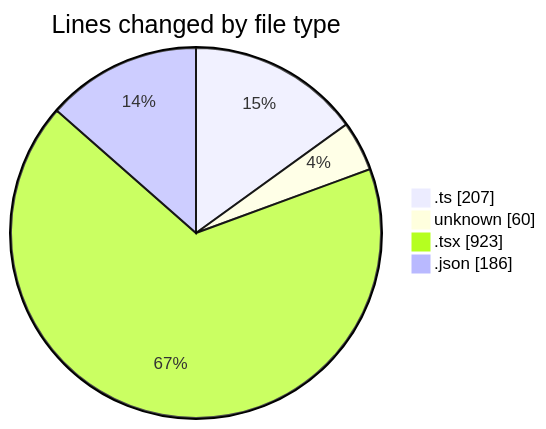
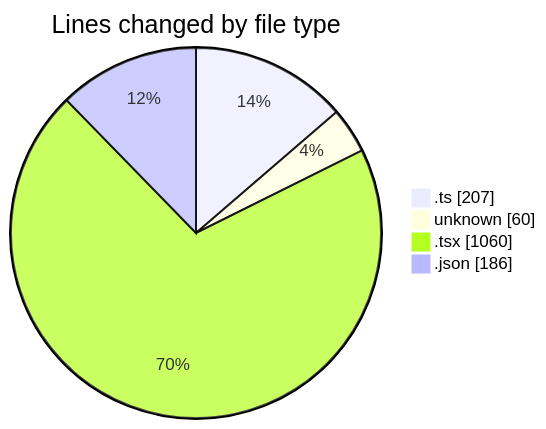
One commit to momahboobian/code-tracking changed the first of 2 diagrams in 2026-06-12/cda/README.md. Above: the diagram before and after it, drawn with Mermaid. The commit also changed other lines of this file and 1 other file, not shown here.

````diff
--- a/2026-06-12/cda/README.md
+++ b/2026-06-12/cda/README.md
@@ -28,8 +28,8 @@
 ```mermaid
 pie showData
 title Lines changed by file type
 ".ts" : 207
 "unknown" : 60
-".tsx" : 923
+".tsx" : 1060
 ".json" : 186
 ```
````
